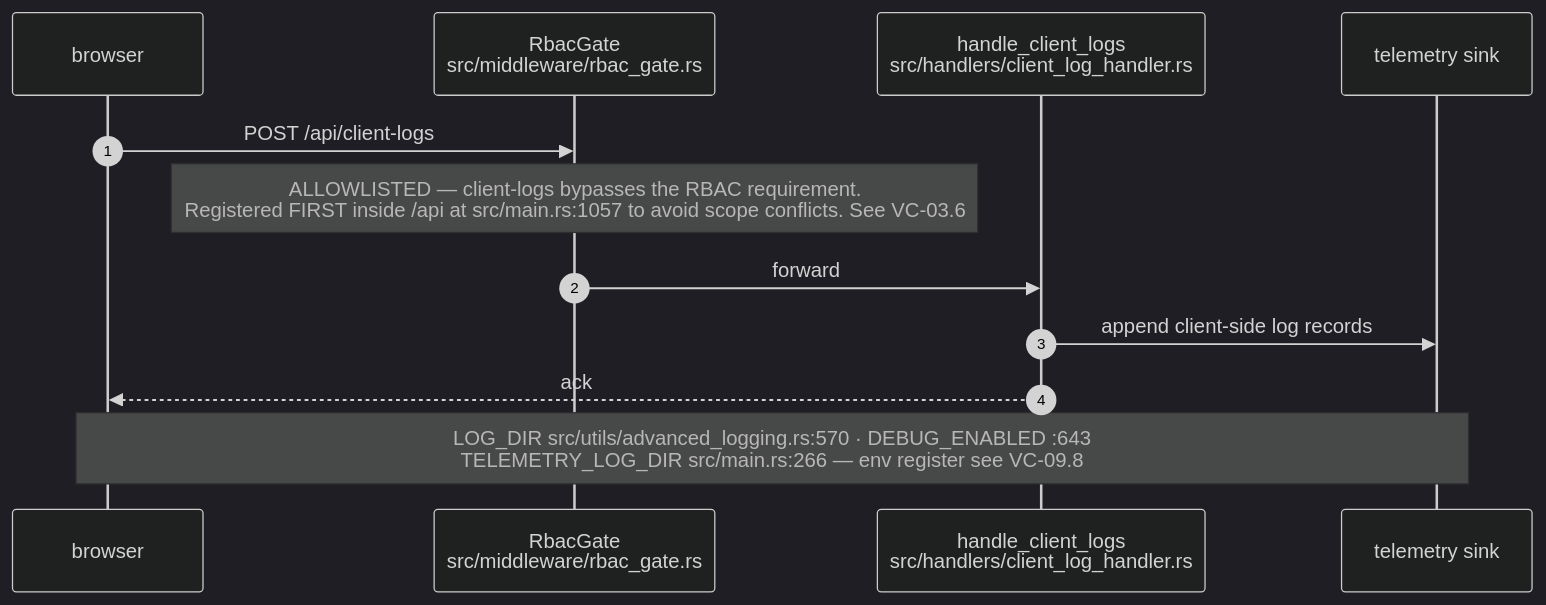
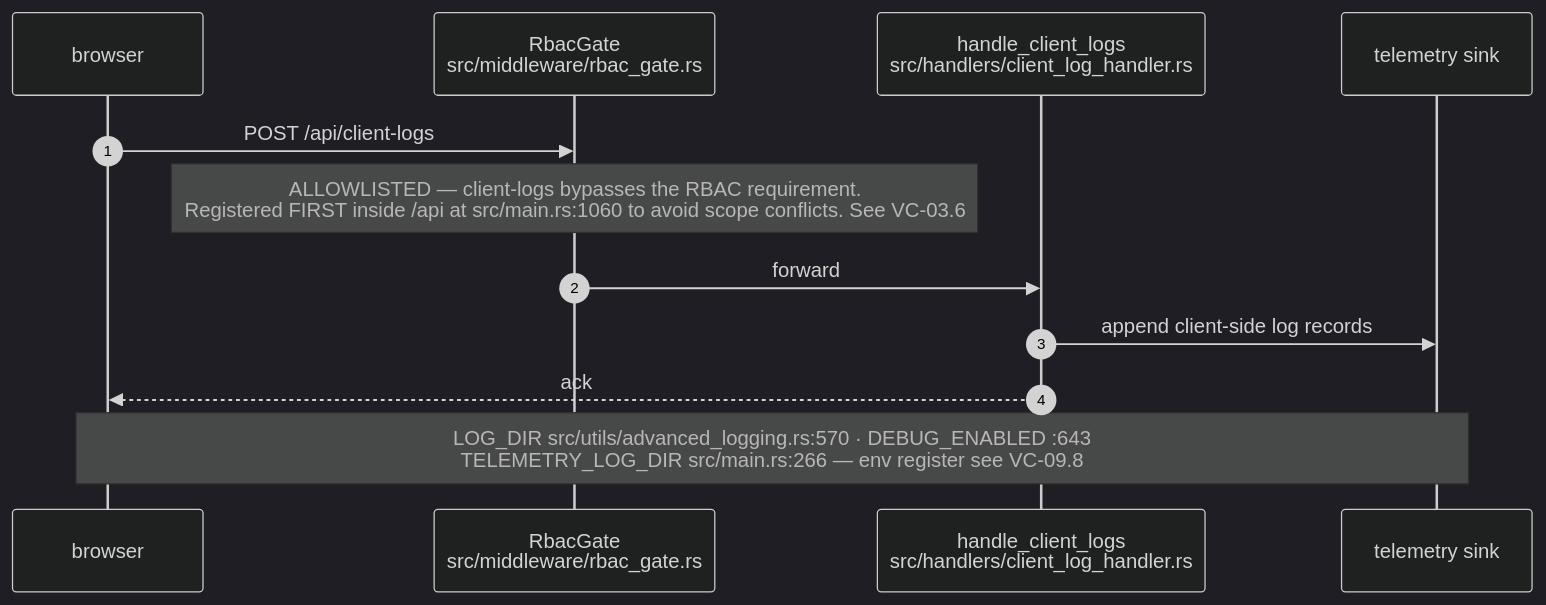
The eighth of 12 diagrams in docs/diagrams/visionclaw/08-observability-health-and-dev-loop.md (DreamLab-AI/AR-AI-Knowledge-Graph), drawn with Mermaid (dark theme) before and after one commit. The commit also changed other lines of this file and 73 other files, not shown here.

First line of the commit message:
docs(diagrams): re-verify all 71 topic files against HEAD; add --cite-check

````diff
--- a/docs/diagrams/visionclaw/08-observability-health-and-dev-loop.md
+++ b/docs/diagrams/visionclaw/08-observability-health-and-dev-loop.md
@@ -234,15 +234,15 @@
 ```mermaid
 sequenceDiagram
     autonumber
     participant B as browser
     participant RG as RbacGate<br/>src/middleware/rbac_gate.rs
     participant H as handle_client_logs<br/>src/handlers/client_log_handler.rs
     participant T as telemetry sink
 
     B->>RG: POST /api/client-logs
-    Note over RG: ALLOWLISTED — client-logs bypasses the RBAC requirement.<br/>Registered FIRST inside /api at src/main.rs:1057 to avoid scope conflicts. See VC-03.6
+    Note over RG: ALLOWLISTED — client-logs bypasses the RBAC requirement.<br/>Registered FIRST inside /api at src/main.rs:1060 to avoid scope conflicts. See VC-03.6
     RG->>H: forward
     H->>T: append client-side log records
     H-->>B: ack
     Note over B,T: LOG_DIR src/utils/advanced_logging.rs:570 · DEBUG_ENABLED :643<br/>TELEMETRY_LOG_DIR src/main.rs:266 — env register see VC-09.8
 ```
````
